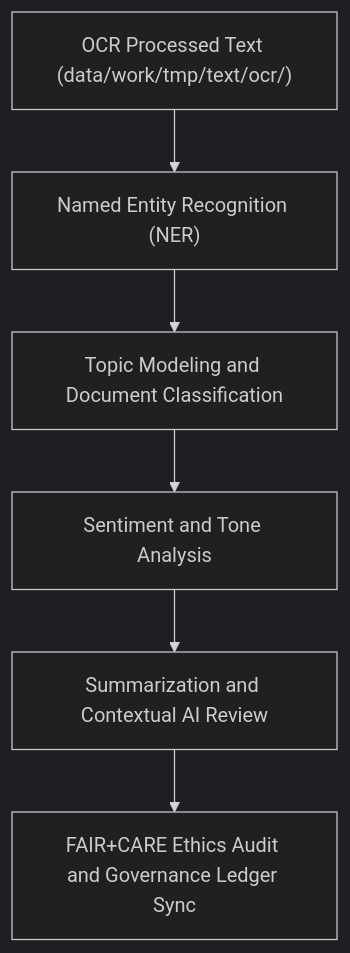
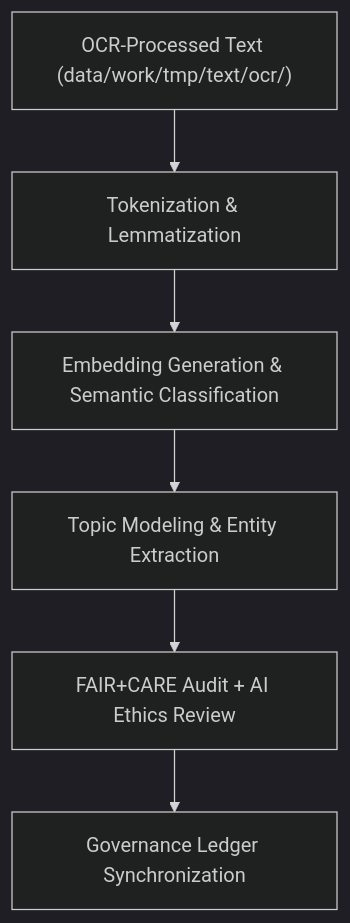
Before and after one commit to bartytime4life/Kansas-Frontier-Matrix: the diagram in data/work/tmp/text/nlp/README.md, drawn with Mermaid (dark theme). The commit also changed other lines of this file, not shown here.

````diff
--- a/data/work/tmp/text/nlp/README.md
+++ b/data/work/tmp/text/nlp/README.md
@@ -69,8 +66,8 @@
 ```mermaid
 flowchart TD
-    A["OCR Processed Text (data/work/tmp/text/ocr/)"] --> B["Named Entity Recognition (NER)"]
-    B --> C["Topic Modeling and Document Classification"]
-    C --> D["Sentiment and Tone Analysis"]
-    D --> E["Summarization and Contextual AI Review"]
-    E --> F["FAIR+CARE Ethics Audit and Governance Ledger Sync"]
+    A["OCR-Processed Text (data/work/tmp/text/ocr/)"] --> B["Tokenization & Lemmatization"]
+    B --> C["Embedding Generation & Semantic Classification"]
+    C --> D["Topic Modeling & Entity Extraction"]
+    D --> E["FAIR+CARE Audit + AI Ethics Review"]
+    E --> F["Governance Ledger Synchronization"]
 ```
````
